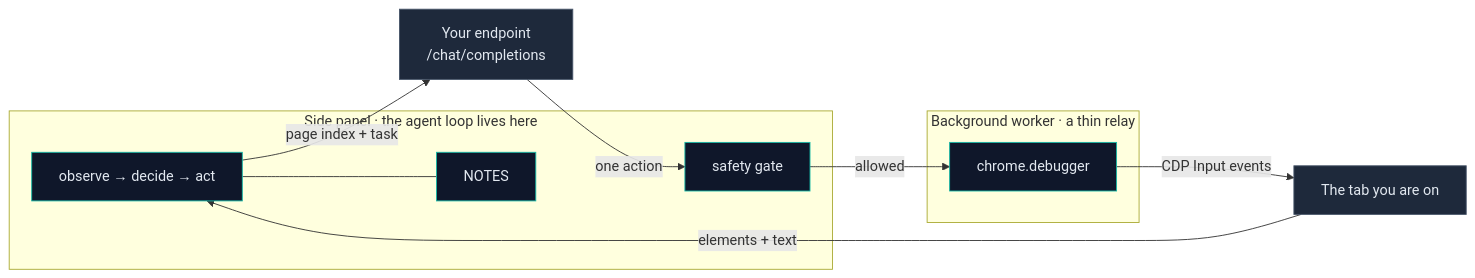
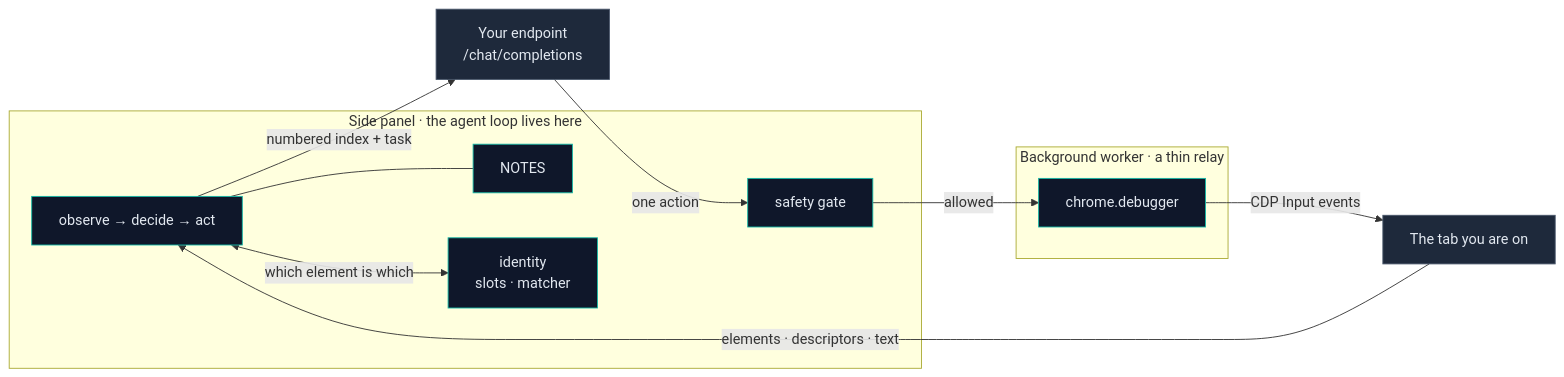
One commit to Rio-awsm/tiny-brow-ai-browser-use-agent changed the first of 3 diagrams in README.md. Above: the diagram before and after it, drawn with Mermaid. The commit also changed other lines of this file, not shown here.

Commit message:
feat: update README with numbered elements and descriptors for matcher functionality

````diff
--- a/README.md
+++ b/README.md
@@ -98,27 +98,29 @@
 ```mermaid
 flowchart LR
     subgraph panel["Side panel · the agent loop lives here"]
         L["observe → decide → act"]
         G["safety gate"]
         N["NOTES"]
+        I["identity<br/>slots · matcher"]
     end
 
     subgraph bg["Background worker · a thin relay"]
         D["chrome.debugger"]
     end
 
     P["The tab you are on"]
     M["Your endpoint<br/>/chat/completions"]
 
-    L -->|"page index + task"| M
+    L -->|"numbered index + task"| M
     M -->|"one action"| G
     G -->|"allowed"| D
     D -->|"CDP Input events"| P
-    P -->|"elements + text"| L
+    P -->|"elements · descriptors · text"| L
     L --- N
+    L <-->|"which element is which"| I
 
     classDef box fill:#0f172a,stroke:#14b8a6,color:#e2e8f0
     classDef ext fill:#1e293b,stroke:#475569,color:#e2e8f0
-    class L,G,N,D box
+    class L,G,N,D,I box
     class P,M ext
 ```
````
